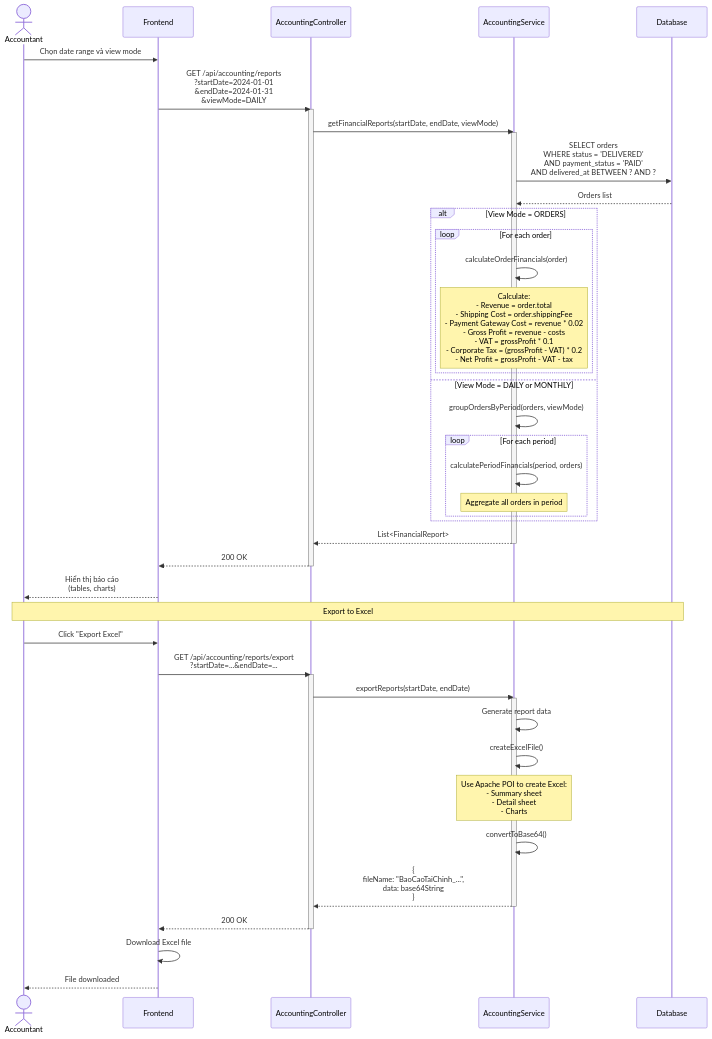
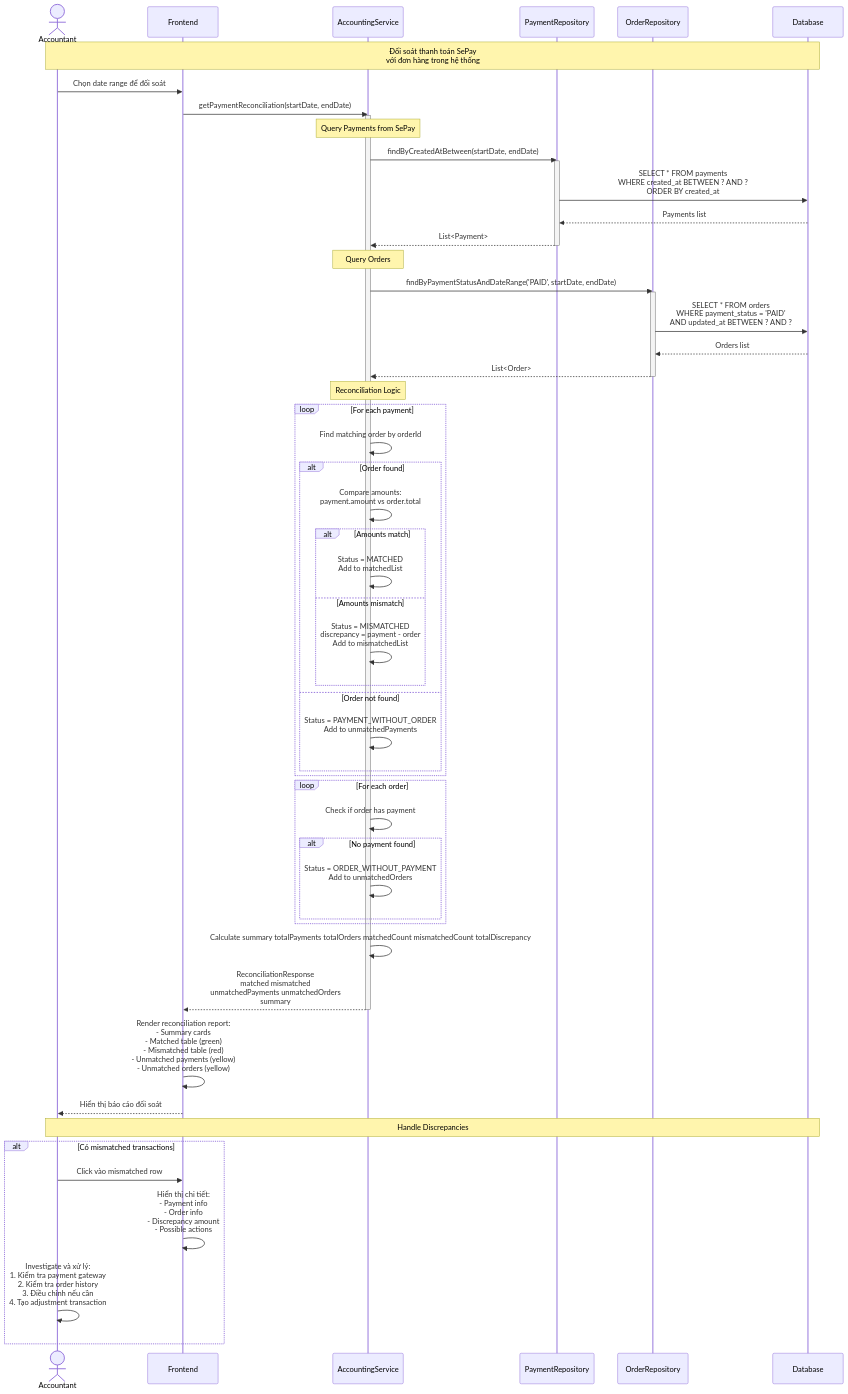
Diagram 16 of 17 in .kiro/specs/bao-cao-do-an/sequence-diagram-accounting-flow.md (Mvuong1523/Do-an-tot-nghiep), drawn with Mermaid before and after one commit. The commit also changed other lines of this file and 22 other files, not shown here.

````diff
--- a/.kiro/specs/bao-cao-do-an/sequence-diagram-accounting-flow.md
+++ b/.kiro/specs/bao-cao-do-an/sequence-diagram-accounting-flow.md
@@ -929,64 +1899,78 @@
 ```mermaid
 sequenceDiagram
     actor Accountant
     participant UI as Frontend
-    participant AcctCtrl as AccountingController
     participant AcctSvc as AccountingService
+    participant PaymentRepo as PaymentRepository
+    participant OrderRepo as OrderRepository
     participant DB as Database
     
-    Accountant->>UI: Chọn date range và view mode
-    UI->>AcctCtrl: GET /api/accounting/reports<br/>?startDate=2024-01-01<br/>&endDate=2024-01-31<br/>&viewMode=DAILY
-    activate AcctCtrl
+    Note over Accountant,DB: Đối soát thanh toán SePay<br/>với đơn hàng trong hệ thống
     
-    AcctCtrl->>AcctSvc: getFinancialReports(startDate, endDate, viewMode)
+    Accountant->>UI: Chọn date range để đối soát
+    
+    UI->>AcctSvc: getPaymentReconciliation(startDate, endDate)
     activate AcctSvc
     
-    AcctSvc->>DB: SELECT orders<br/>WHERE status = 'DELIVERED'<br/>AND payment_status = 'PAID'<br/>AND delivered_at BETWEEN ? AND ?
-    DB-->>AcctSvc: Orders list
+    Note over AcctSvc: Query Payments from SePay
     
-    alt View Mode = ORDERS
-        loop For each order
-            AcctSvc->>AcctSvc: calculateOrderFinancials(order)
-            Note over AcctSvc: Calculate:<br/>- Revenue = order.total<br/>- Shipping Cost = order.shippingFee<br/>- Payment Gateway Cost = revenue * 0.02<br/>- Gross Profit = revenue - costs<br/>- VAT = grossProfit * 0.1<br/>- Corporate Tax = (grossProfit - VAT) * 0.2<br/>- Net Profit = grossProfit - VAT - tax
-        end
-    else View Mode = DAILY or MONTHLY
-        AcctSvc->>AcctSvc: groupOrdersByPeriod(orders, viewMode)
+    AcctSvc->>PaymentRepo: findByCreatedAtBetween(startDate, endDate)
+    activate PaymentRepo
+    PaymentRepo->>DB: SELECT * FROM payments<br/>WHERE created_at BETWEEN ? AND ?<br/>ORDER BY created_at
+    DB-->>PaymentRepo: Payments list
+    PaymentRepo-->>AcctSvc: List<Payment>
+    deactivate PaymentRepo
+    
+    Note over AcctSvc: Query Orders
+    
+    AcctSvc->>OrderRepo: findByPaymentStatusAndDateRange('PAID', startDate, endDate)
+    activate OrderRepo
+    OrderRepo->>DB: SELECT * FROM orders<br/>WHERE payment_status = 'PAID'<br/>AND updated_at BETWEEN ? AND ?
+    DB-->>OrderRepo: Orders list
+    OrderRepo-->>AcctSvc: List<Order>
+    deactivate OrderRepo
+    
+    Note over AcctSvc: Reconciliation Logic
+    
+    loop For each payment
+        AcctSvc->>AcctSvc: Find matching order by orderId
         
-        loop For each period
-            AcctSvc->>AcctSvc: calculatePeriodFinancials(period, orders)
-            Note over AcctSvc: Aggregate all orders in period
+        alt Order found
+            AcctSvc->>AcctSvc: Compare amounts:<br/>payment.amount vs order.total
+            
+            alt Amounts match
+                AcctSvc->>AcctSvc: Status = MATCHED<br/>Add to matchedList
+            else Amounts mismatch
+                AcctSvc->>AcctSvc: Status = MISMATCHED<br/>discrepancy = payment - order<br/>Add to mismatchedList
+            end
+        else Order not found
+            AcctSvc->>AcctSvc: Status = PAYMENT_WITHOUT_ORDER<br/>Add to unmatchedPayments
         end
     end
     
-    AcctSvc-->>AcctCtrl: List<FinancialReport>
+    loop For each order
+        AcctSvc->>AcctSvc: Check if order has payment
+        
+        alt No payment found
+            AcctSvc->>AcctSvc: Status = ORDER_WITHOUT_PAYMENT<br/>Add to unmatchedOrders
+        end
+    end
+    
+    AcctSvc->>AcctSvc: Calculate summary totalPayments totalOrders matchedCount mismatchedCount totalDiscrepancy
+    
+    AcctSvc-->>UI: ReconciliationResponse<br/>matched mismatched<br/>unmatchedPayments unmatchedOrders<br/>summary
     deactivate AcctSvc
     
-    AcctCtrl-->>UI: 200 OK
-    deactivate AcctCtrl
+    UI->>UI: Render reconciliation report:<br/>- Summary cards<br/>- Matched table (green)<br/>- Mismatched table (red)<br/>- Unmatched payments (yellow)<br/>- Unmatched orders (yellow)
     
-    UI-->>Accountant: Hiển thị báo cáo<br/>(tables, charts)
+    UI-->>Accountant: Hiển thị báo cáo đối soát
     
-    Note over Accountant,DB: Export to Excel
+    Note over Accountant,DB: Handle Discrepancies
     
-    Accountant->>UI: Click "Export Excel"
-    UI->>AcctCtrl: GET /api/accounting/reports/export<br/>?startDate=...&endDate=...
-    activate AcctCtrl
-    
-    AcctCtrl->>AcctSvc: exportReports(startDate, endDate)
-    activate AcctSvc
-    
-    AcctSvc->>AcctSvc: Generate report data
-    AcctSvc->>AcctSvc: createExcelFile()
-    Note over AcctSvc: Use Apache POI to create Excel:<br/>- Summary sheet<br/>- Detail sheet<br/>- Charts
-    
-    AcctSvc->>AcctSvc: convertToBase64()
-    
-    AcctSvc-->>AcctCtrl: {<br/>  fileName: "BaoCaoTaiChinh_...",<br/>  data: base64String<br/>}
-    deactivate AcctSvc
-    
-    AcctCtrl-->>UI: 200 OK
-    deactivate AcctCtrl
-    
-    UI->>UI: Download Excel file
-    UI-->>Accountant: File downloaded
+    alt Có mismatched transactions
+        Accountant->>UI: Click vào mismatched row
+        UI->>UI: Hiển thị chi tiết:<br/>- Payment info<br/>- Order info<br/>- Discrepancy amount<br/>- Possible actions
+        
+        Accountant->>Accountant: Investigate và xử lý:<br/>1. Kiểm tra payment gateway<br/>2. Kiểm tra order history<br/>3. Điều chỉnh nếu cần<br/>4. Tạo adjustment transaction
+    end
 ```
````
